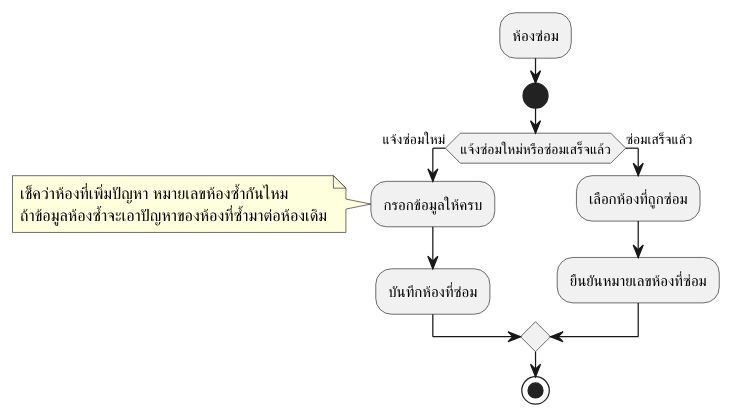
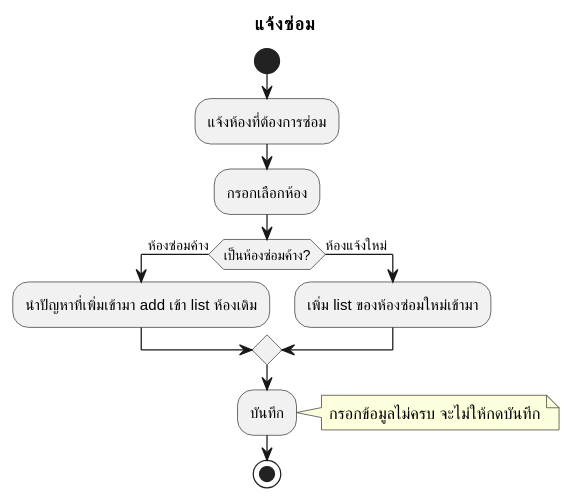
The diagram in activity-diagram/room/outofder.md (cheat13/Prompiman_Diagram), drawn with PlantUML before and after one commit. The commit also changed other lines of this file and 20 other files, not shown here.

```diff
--- a/activity-diagram/room/outofder.md
+++ b/activity-diagram/room/outofder.md
@@ -1,16 +1,18 @@
 @startuml
-:ห้องซ่อม;
+
+title แจ้งซ่อม
 start
-if(แจ้งซ่อมใหม่หรือซ่อมเสร็จแล้ว) then (แจ้งซ่อมใหม่)
-:กรอกข้อมูลให้ครบ;
-note left
-เช็คว่าห้องที่เพิ่มปัญหา หมายเลขห้องซ้ำกันไหม
-ถ้าข้อมูลห้องซ้ำจะเอาปัญหาของห้องที่ซ้ำมาต่อห้องเดิม
+:แจ้งห้องที่ต้องการซ่อม;
+:กรอกเลือกห้อง;
+if(เป็นห้องซ่อมค้าง?) then (ห้องซ่อมค้าง)
+:นำปัญหาที่เพิ่มเข้ามา add เข้า list ห้องเดิม;
+else(ห้องแจ้งใหม่)
+:เพิ่ม list ของห้องซ่อมใหม่เข้ามา;
+endif
+:บันทึก;
+note right
+กรอกข้อมูลไม่ครบ จะไม่ให้กดบันทึก
 end note
-:บันทึกห้องที่ซ่อม;
-else(ซ่อมเสร็จแล้ว)
-:เลือกห้องที่ถูกซ่อม;
-:ยืนยันหมายเลขห้องที่ซ่อม;
-endif
 stop
+
 @enduml
```
